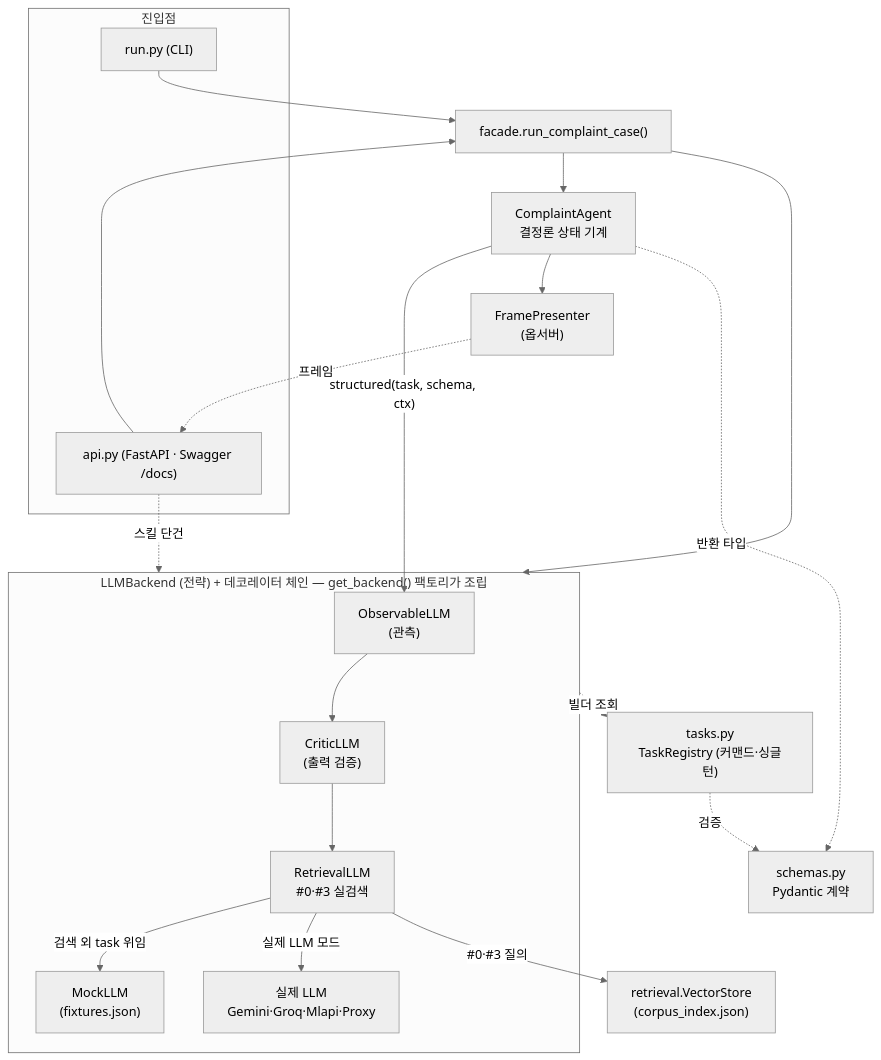
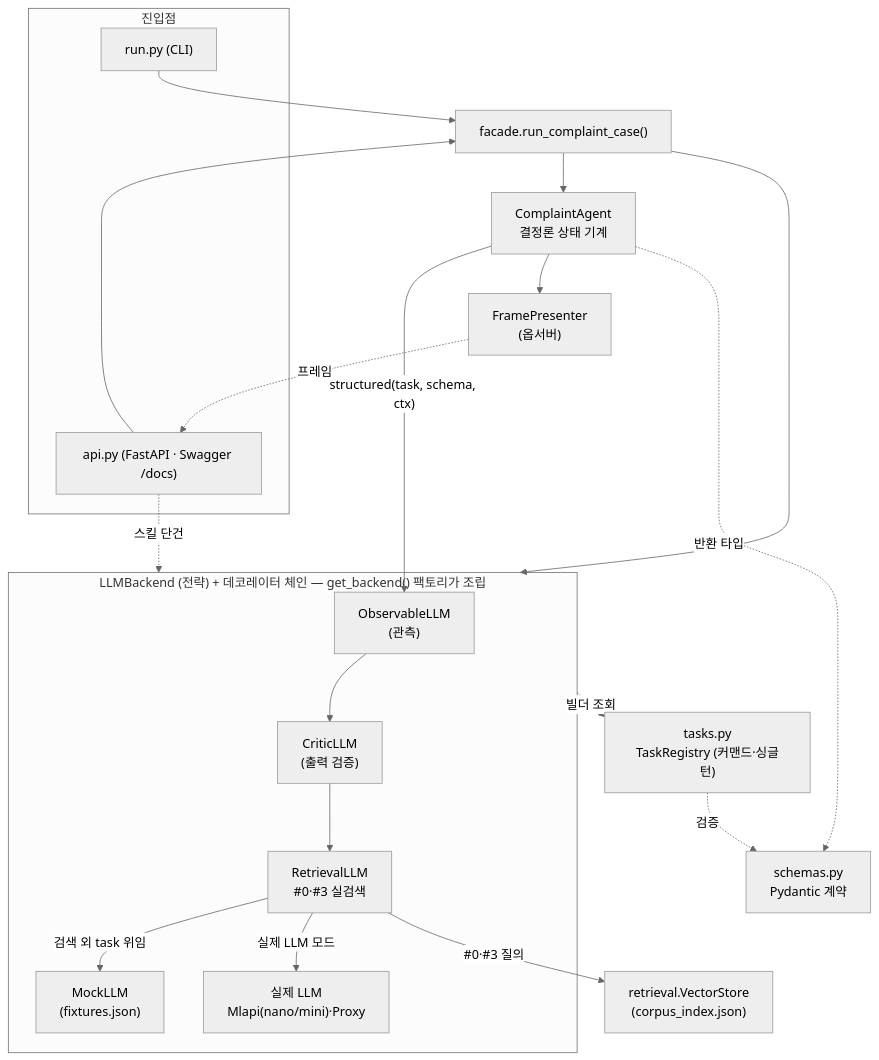
One commit to LearnToThink777/complaint-processing changed the first of 2 diagrams in docs/ARCHITECTURE.md. Above: the diagram before and after it, drawn with Mermaid (neutral theme). The commit also changed 12 other files, not shown here.

First line of the commit message:
groq/gemini를 chat LLM provider에서 제거 + mlapi→mlapi-nano 개명

````diff
--- a/docs/ARCHITECTURE.md
+++ b/docs/ARCHITECTURE.md
@@ -21,37 +21,37 @@
 ```mermaid
 flowchart TD
   subgraph Entry["진입점"]
     RUN["run.py (CLI)"]
     API["api.py (FastAPI · Swagger /docs)"]
   end
   FAC["facade.run_complaint_case()"]
   AG["ComplaintAgent<br/>결정론 상태 기계"]
   PRES["FramePresenter<br/>(옵서버)"]
   SCH["schemas.py<br/>Pydantic 계약"]
   TASKS["tasks.py<br/>TaskRegistry (커맨드·싱글턴)"]
 
   subgraph Backend["LLMBackend (전략) + 데코레이터 체인 — get_backend() 팩토리가 조립"]
     OBS["ObservableLLM<br/>(관측)"]
     CRIT["CriticLLM<br/>(출력 검증)"]
     RET["RetrievalLLM<br/>#0·#3 실검색"]
     MOCK["MockLLM<br/>(fixtures.json)"]
-    REAL["실제 LLM<br/>Gemini·Groq·Mlapi·Proxy"]
+    REAL["실제 LLM<br/>Mlapi(nano/mini)·Proxy"]
   end
   RAGV["retrieval.VectorStore<br/>(corpus_index.json)"]
 
   RUN --> FAC
   API --> FAC
   API -.스킬 단건.-> Backend
   FAC --> AG
   FAC --> Backend
   AG -->|"structured(task, schema, ctx)"| OBS
   OBS --> CRIT --> RET
   RET -->|"검색 외 task 위임"| MOCK
   RET -->|"실제 LLM 모드"| REAL
   RET -->|"#0·#3 질의"| RAGV
   Backend -.빌더 조회.-> TASKS
   AG --> PRES
   PRES -.프레임.-> API
   AG -.반환 타입.-> SCH
   TASKS -.검증.-> SCH
 ```
````
